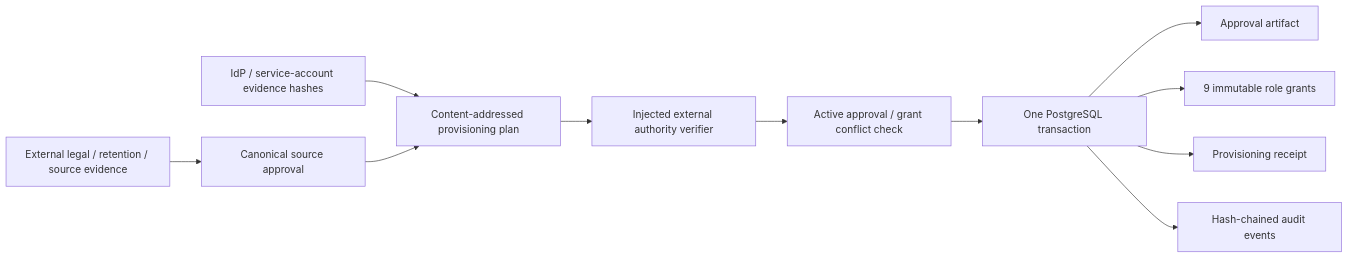
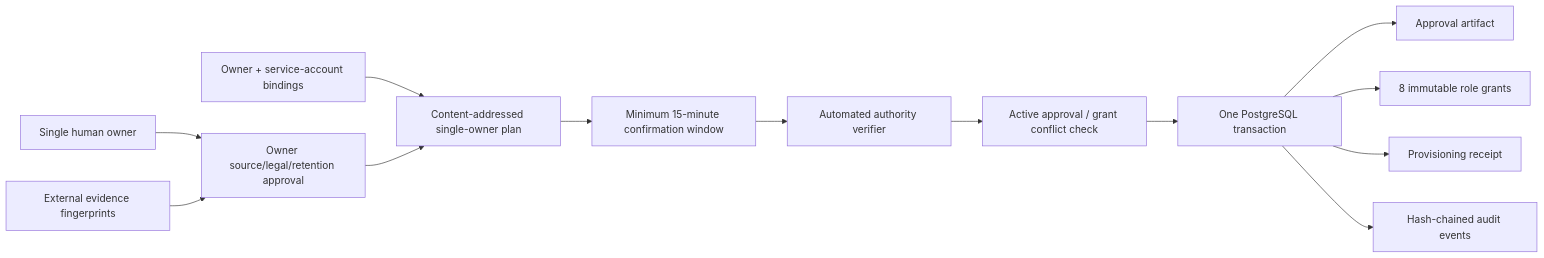
One commit to spencer17x/xxyy-ask changed the diagram in docs/evm-chain-analysis-production-provisioning.md. Above: the diagram before and after it, drawn with Mermaid. The commit also changed other lines of this file and 39 other files, not shown here.

Commit message:
feat: adopt single-owner governance profile

````diff
--- a/docs/evm-chain-analysis-production-provisioning.md
+++ b/docs/evm-chain-analysis-production-provisioning.md
@@ -61,13 +71,15 @@
 ```mermaid
 flowchart LR
-  Evidence["External legal / retention / source evidence"] --> Approval["Canonical source approval"]
-  Identity["IdP / service-account evidence hashes"] --> Plan["Content-addressed provisioning plan"]
+  Owner["Single human owner"] --> Approval["Owner source/legal/retention approval"]
+  Evidence["External evidence fingerprints"] --> Approval
+  Identity["Owner + service-account bindings"] --> Plan["Content-addressed single-owner plan"]
   Approval --> Plan
-  Plan --> Verify["Injected external authority verifier"]
+  Plan --> Delay["Minimum 15-minute confirmation window"]
+  Delay --> Verify["Automated authority verifier"]
   Verify --> Preflight["Active approval / grant conflict check"]
   Preflight --> Tx["One PostgreSQL transaction"]
   Tx --> ApprovalRow["Approval artifact"]
-  Tx --> Grants["9 immutable role grants"]
+  Tx --> Grants["8 immutable role grants"]
   Tx --> Receipt["Provisioning receipt"]
   Tx --> Audit["Hash-chained audit events"]
 ```
````
